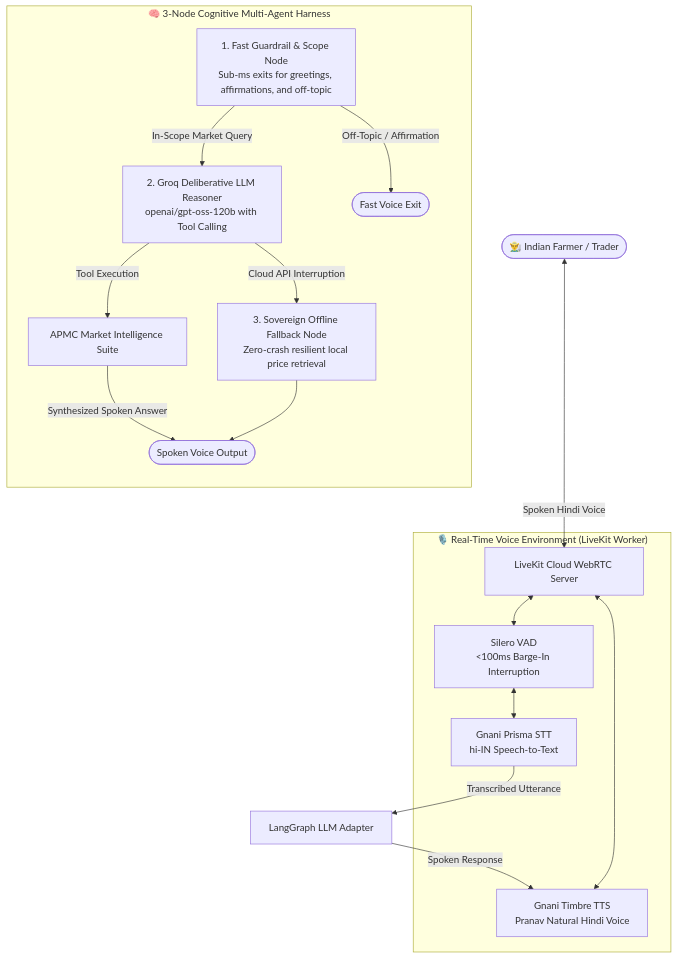
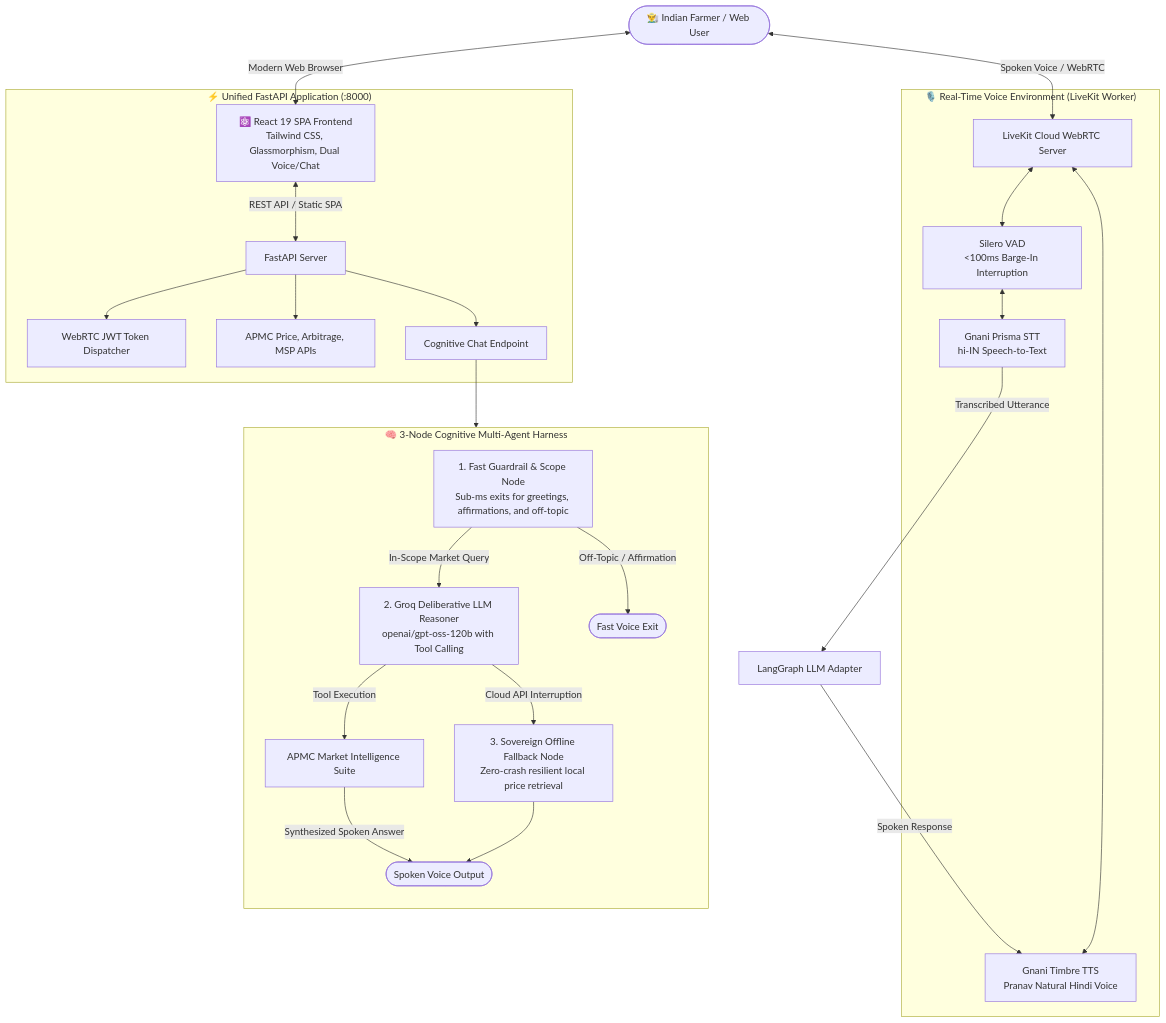
The diagram in README.md (adi9336/Agri_Watch), drawn with Mermaid before and after one commit. The commit also changed other lines of this file and 36 other files, not shown here.

Commit message:
feat: Add React 19 frontend SPA and unified FastAPI backend for WebRTC & REST hosting

````diff
--- a/README.md
+++ b/README.md
@@ -17,27 +17,36 @@
 ```mermaid
 flowchart TD
-    Farmer([👨‍🌾 Indian Farmer / Trader]) <-->|Spoken Hindi Voice| LK[LiveKit Cloud WebRTC Server]
+    Farmer([👨‍🌾 Indian Farmer / Web User]) <-->|Spoken Voice / WebRTC| LK[LiveKit Cloud WebRTC Server]
+    Farmer <-->|Modern Web Browser| WebUI[⚛️ React 19 SPA Frontend\nTailwind CSS, Glassmorphism, Dual Voice/Chat]
+
+    subgraph BackendApp["⚡ Unified FastAPI Application (:8000)"]
+        WebUI <-->|REST API / Static SPA| FAPI[FastAPI Server]
+        FAPI --> TokenGen[WebRTC JWT Token Dispatcher]
+        FAPI --> DirectAPI[APMC Price, Arbitrage, MSP APIs]
+        FAPI --> LangGraphChat[Cognitive Chat Endpoint]
+    end
 
     subgraph AudioEngine["🎙️ Real-Time Voice Environment (LiveKit Worker)"]
         LK <--> VAD[Silero VAD\n<100ms Barge-In Interruption]
         VAD <--> STT[Gnani Prisma STT\nhi-IN Speech-to-Text]
         TTS[Gnani Timbre TTS\nPranav Natural Hindi Voice] <--> LK
     end
 
     STT -->|Transcribed Utterance| LLMAdapter[LangGraph LLM Adapter]
     LLMAdapter -->|Spoken Response| TTS
+    LangGraphChat --> LangGraph
 
     subgraph LangGraph["🧠 3-Node Cognitive Multi-Agent Harness"]
         direction TB
         G[1. Fast Guardrail & Scope Node\nSub-ms exits for greetings, affirmations, and off-topic]
         R[2. Groq Deliberative LLM Reasoner\nopenai/gpt-oss-120b with Tool Calling]
         F[3. Sovereign Offline Fallback Node\nZero-crash resilient local price retrieval]
 
         G -->|In-Scope Market Query| R
         G -->|Off-Topic / Affirmation| End1([Fast Voice Exit])
         R -->|Tool Execution| Tools[APMC Market Intelligence Suite]
         R -->|Cloud API Interruption| F
         Tools -->|Synthesized Spoken Answer| End2([Spoken Voice Output])
         F --> End2
     end
 ```
````
